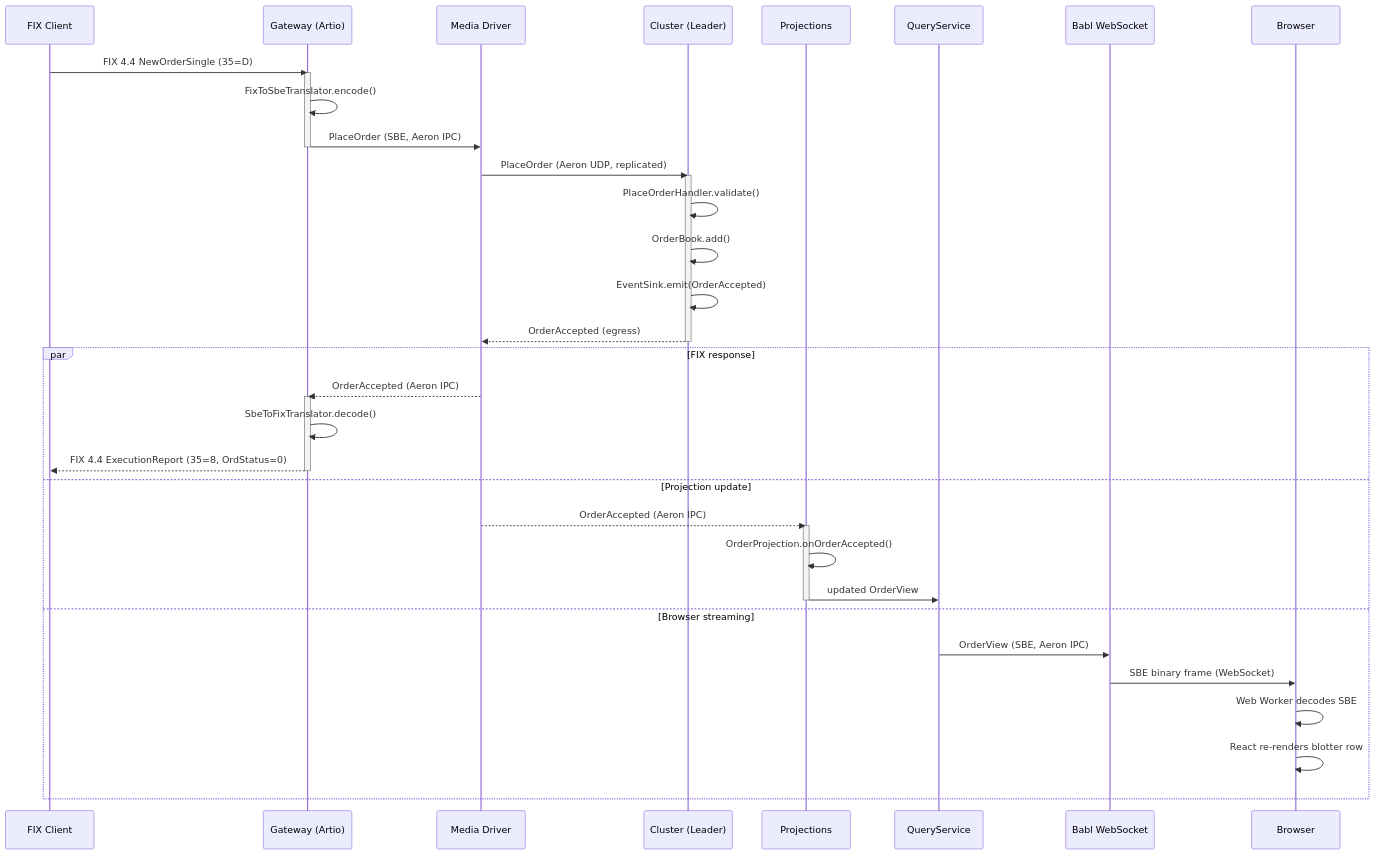
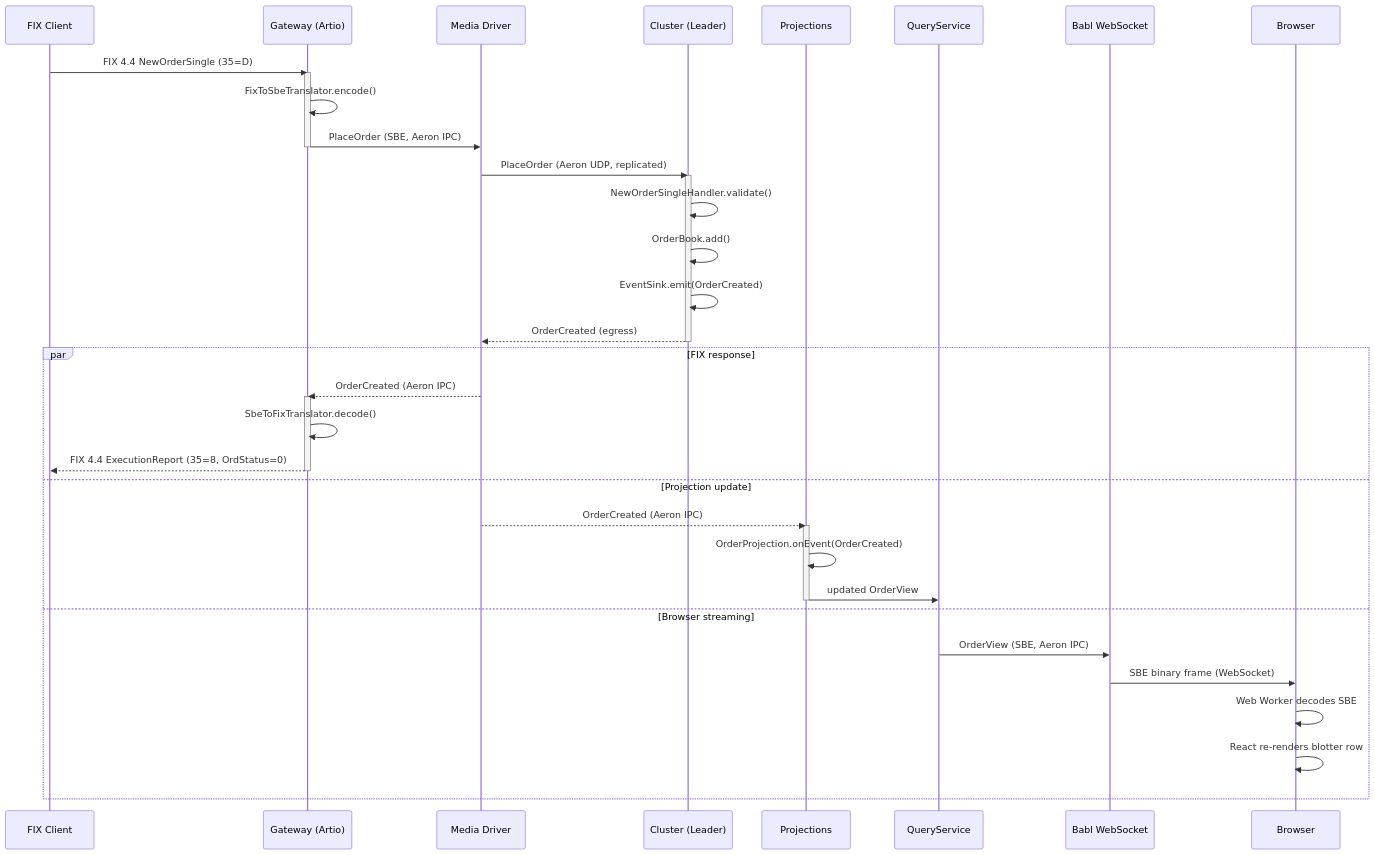
One commit to jsohi/app-trading-engine changed the first of 4 diagrams in docs/sequences.md. Above: the diagram before and after it, drawn with Mermaid. The commit also changed other lines of this file and 15 other files, not shown here.

````diff
--- a/docs/sequences.md
+++ b/docs/sequences.md
@@ -7,44 +7,44 @@
 ```mermaid
 sequenceDiagram
     participant C as FIX Client
     participant G as Gateway (Artio)
     participant M as Media Driver
     participant K as Cluster (Leader)
     participant P as Projections
     participant Q as QueryService
     participant B as Babl WebSocket
     participant W as Browser
 
     C->>G: FIX 4.4 NewOrderSingle (35=D)
     activate G
     G->>G: FixToSbeTranslator.encode()
     G->>M: PlaceOrder (SBE, Aeron IPC)
     deactivate G
 
     M->>K: PlaceOrder (Aeron UDP, replicated)
     activate K
-    K->>K: PlaceOrderHandler.validate()
+    K->>K: NewOrderSingleHandler.validate()
     K->>K: OrderBook.add()
-    K->>K: EventSink.emit(OrderAccepted)
-    K-->>M: OrderAccepted (egress)
+    K->>K: EventSink.emit(OrderCreated)
+    K-->>M: OrderCreated (egress)
     deactivate K
 
     par FIX response
-        M-->>G: OrderAccepted (Aeron IPC)
+        M-->>G: OrderCreated (Aeron IPC)
         activate G
         G->>G: SbeToFixTranslator.decode()
         G-->>C: FIX 4.4 ExecutionReport (35=8, OrdStatus=0)
         deactivate G
     and Projection update
-        M-->>P: OrderAccepted (Aeron IPC)
+        M-->>P: OrderCreated (Aeron IPC)
         activate P
-        P->>P: OrderProjection.onOrderAccepted()
+        P->>P: OrderProjection.onEvent(OrderCreated)
         P->>Q: updated OrderView
         deactivate P
     and Browser streaming
         Q->>B: OrderView (SBE, Aeron IPC)
         B->>W: SBE binary frame (WebSocket)
         W->>W: Web Worker decodes SBE
         W->>W: React re-renders blotter row
     end
 ```
````
